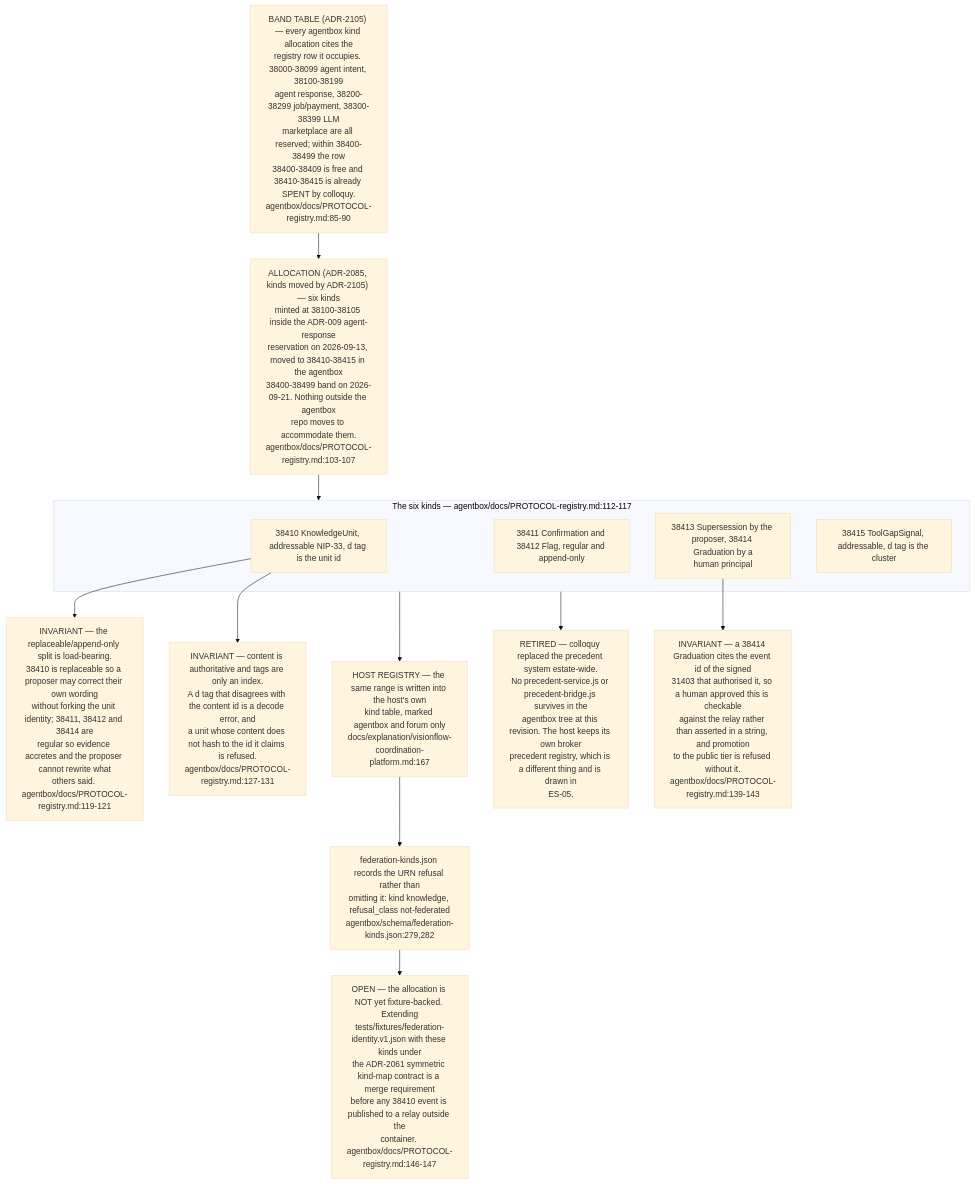
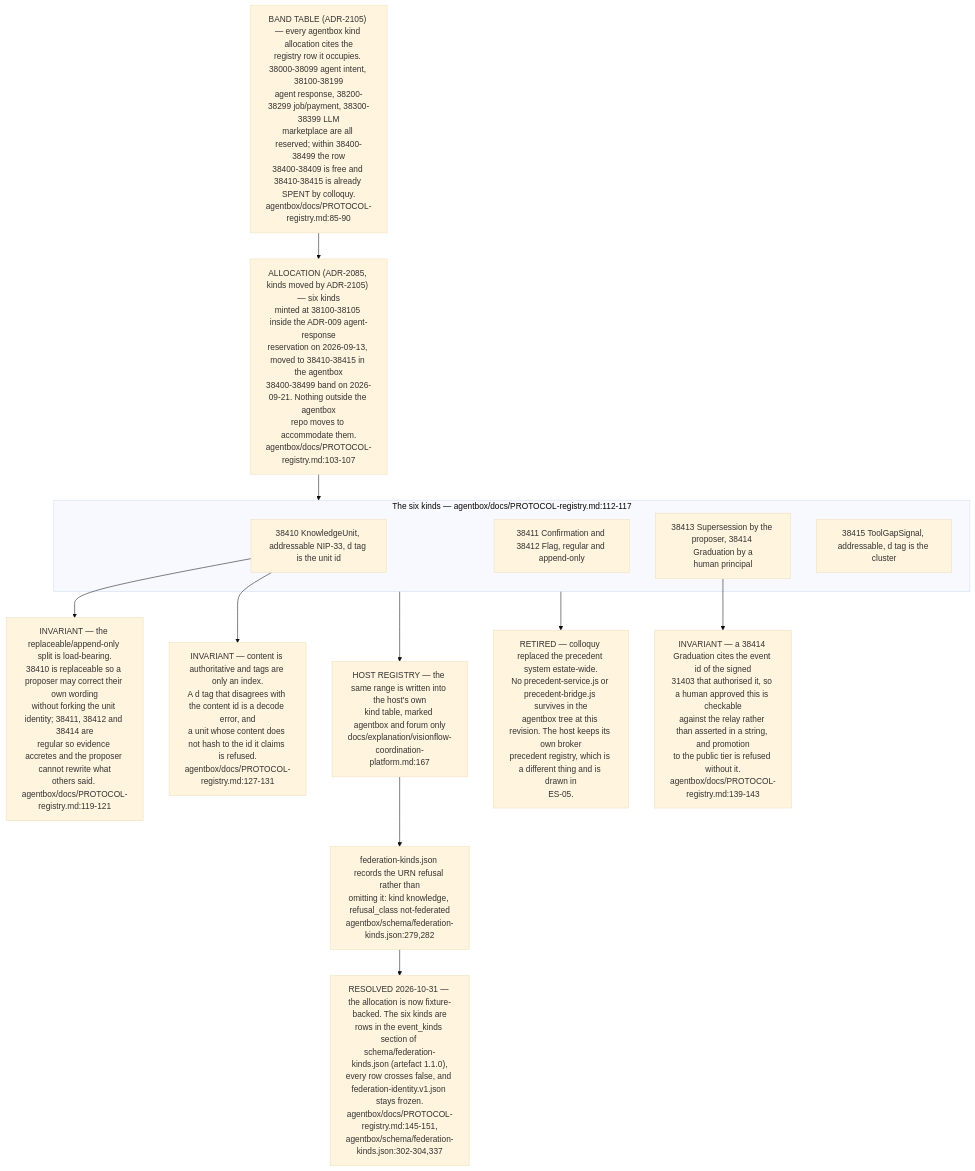
Diagram 12 of 12 in docs/diagrams/estate/02-agent-events-agentbox-to-visionclaw.md (DreamLab-AI/VisionFlow), drawn with Mermaid (base theme) before and after one commit. The commit also changed other lines of this file and 91 other files, not shown here.

First line of the commit message:
docs(audit): estate audit wave 2, every repository except agentbox and VisionClaw

````diff
--- a/docs/diagrams/estate/02-agent-events-agentbox-to-visionclaw.md
+++ b/docs/diagrams/estate/02-agent-events-agentbox-to-visionclaw.md
@@ -512,33 +537,33 @@
 ```mermaid
 flowchart TB
     BAND["BAND TABLE (ADR-2105) — every agentbox kind allocation cites the<br/>registry row it occupies. 38000-38099 agent intent, 38100-38199<br/>agent response, 38200-38299 job/payment, 38300-38399 LLM<br/>marketplace are all reserved; within 38400-38499 the row<br/>38400-38409 is free and 38410-38415 is already SPENT by colloquy.<br/>agentbox/docs/PROTOCOL-registry.md:85-90"]
 
     ALLOC["ALLOCATION (ADR-2085, kinds moved by ADR-2105) — six kinds<br/>minted at 38100-38105 inside the ADR-009 agent-response<br/>reservation on 2026-09-13, moved to 38410-38415 in the agentbox<br/>38400-38499 band on 2026-09-21. Nothing outside the agentbox<br/>repo moves to accommodate them.<br/>agentbox/docs/PROTOCOL-registry.md:103-107"]
     BAND --> ALLOC
 
     subgraph KINDS["The six kinds — agentbox/docs/PROTOCOL-registry.md:112-117"]
         K0["38410 KnowledgeUnit, addressable NIP-33, d tag is the unit id"]
         K1["38411 Confirmation and 38412 Flag, regular and append-only"]
         K3["38413 Supersession by the proposer, 38414 Graduation by a<br/>human principal"]
         K5["38415 ToolGapSignal, addressable, d tag is the cluster"]
     end
     ALLOC --> KINDS
 
     HOST["HOST REGISTRY — the same range is written into the host's own<br/>kind table, marked agentbox and forum only<br/>docs/explanation/visionflow-coordination-platform.md:167"]
     SCHEMA["federation-kinds.json records the URN refusal rather than<br/>omitting it: kind knowledge, refusal_class not-federated<br/>agentbox/schema/federation-kinds.json:279,282"]
     KINDS --> HOST
     HOST --> SCHEMA
 
     INV1["INVARIANT — the replaceable/append-only split is load-bearing.<br/>38410 is replaceable so a proposer may correct their own wording<br/>without forking the unit identity; 38411, 38412 and 38414 are<br/>regular so evidence accretes and the proposer cannot rewrite what<br/>others said. agentbox/docs/PROTOCOL-registry.md:119-121"]
     INV2["INVARIANT — content is authoritative and tags are only an index.<br/>A d tag that disagrees with the content id is a decode error, and<br/>a unit whose content does not hash to the id it claims is refused.<br/>agentbox/docs/PROTOCOL-registry.md:127-131"]
     INV3["INVARIANT — a 38414 Graduation cites the event id of the signed<br/>31403 that authorised it, so a human approved this is checkable<br/>against the relay rather than asserted in a string, and promotion<br/>to the public tier is refused without it.<br/>agentbox/docs/PROTOCOL-registry.md:139-143"]
     K0 --> INV1
     K0 --> INV2
     K3 --> INV3
 
-    OPEN["OPEN — the allocation is NOT yet fixture-backed. Extending<br/>tests/fixtures/federation-identity.v1.json with these kinds under<br/>the ADR-2061 symmetric kind-map contract is a merge requirement<br/>before any 38410 event is published to a relay outside the<br/>container. agentbox/docs/PROTOCOL-registry.md:146-147"]
-    SCHEMA --> OPEN
+    FIX["RESOLVED 2026-10-31 — the allocation is now fixture-backed. The six kinds are<br/>rows in the event_kinds section of schema/federation-kinds.json (artefact 1.1.0),<br/>every row crosses false, and federation-identity.v1.json stays frozen.<br/>agentbox/docs/PROTOCOL-registry.md:145-151,<br/>agentbox/schema/federation-kinds.json:302-304,337"]
+    SCHEMA --> FIX
 
     RETIRE["RETIRED — colloquy replaced the precedent system estate-wide.<br/>No precedent-service.js or precedent-bridge.js survives in the<br/>agentbox tree at this revision. The host keeps its own broker<br/>precedent registry, which is a different thing and is drawn in<br/>ES-05."]
     KINDS --> RETIRE
 ```
````
